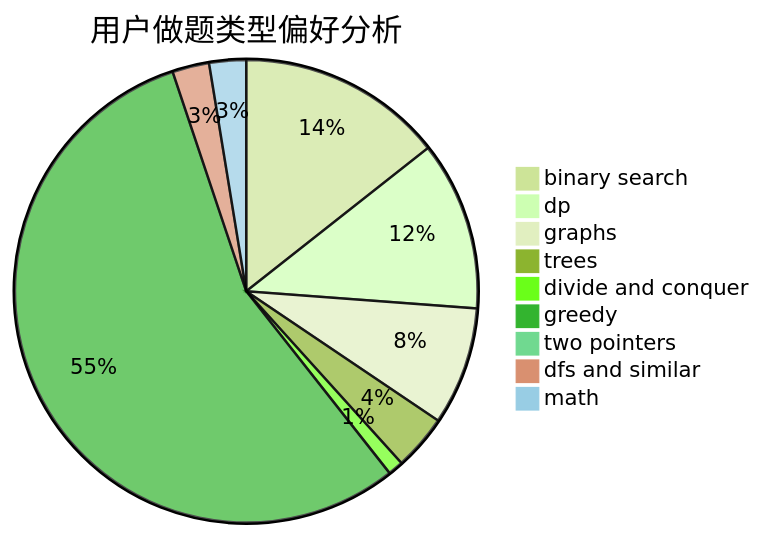
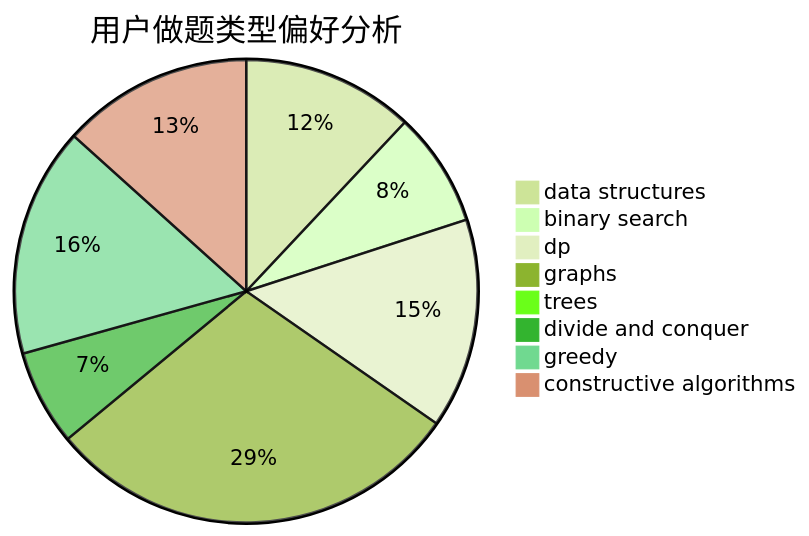
One commit to sherpahu/cfrs.github.io changed the second of 3 diagrams in docs/user/u732.md. Above: the diagram before and after it, drawn with Mermaid (forest theme). The commit also changed other lines of this file and 2775 other files, not shown here.

````diff
--- a/docs/user/u732.md
+++ b/docs/user/u732.md
@@ -23,12 +23,11 @@
 ```mermaid
 pie title 用户做题类型偏好分析
-    "binary search" :  134
-    "dp" :  110
-    "graphs" :  77
-    "trees" :  36
-    "divide and conquer" :  10
-    "greedy" :  517
-    "two pointers" :  4
-    "dfs and similar" :  24
-    "math" :  24
+    "data structures" :  9
+    "binary search" :  6
+    "dp" :  11
+    "graphs" :  22
+    "trees" :  0
+    "divide and conquer" :  5
+    "greedy" :  12
+    "constructive algorithms" :  10
 ```
````
